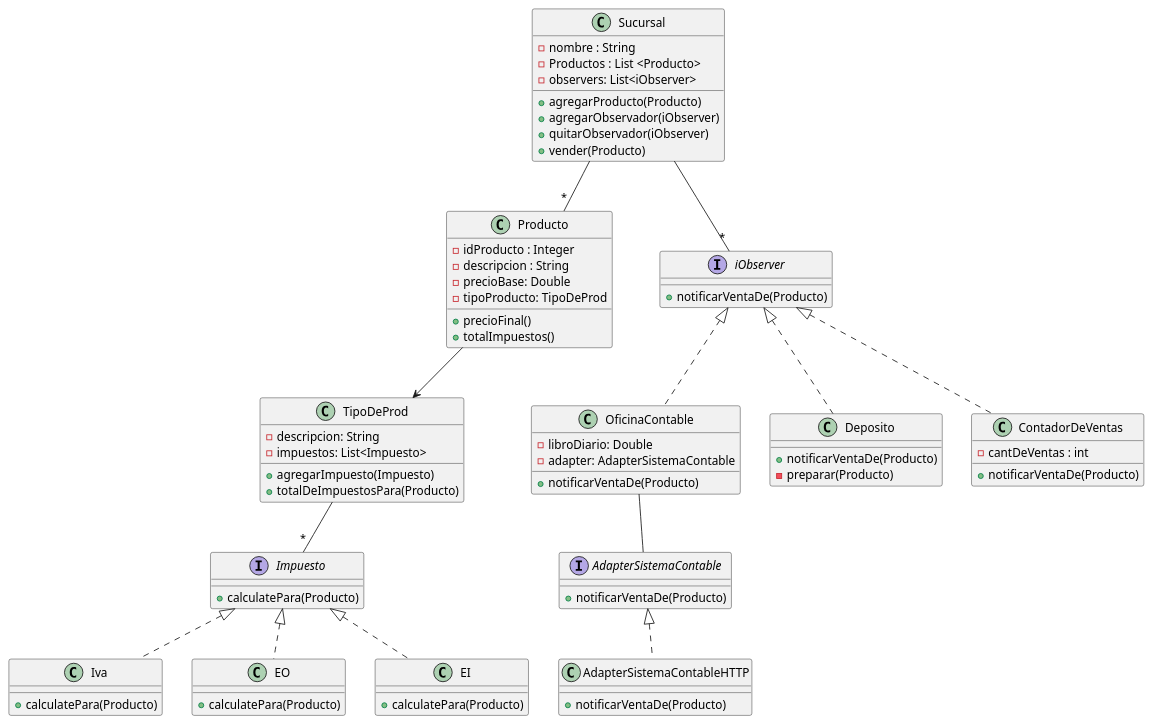
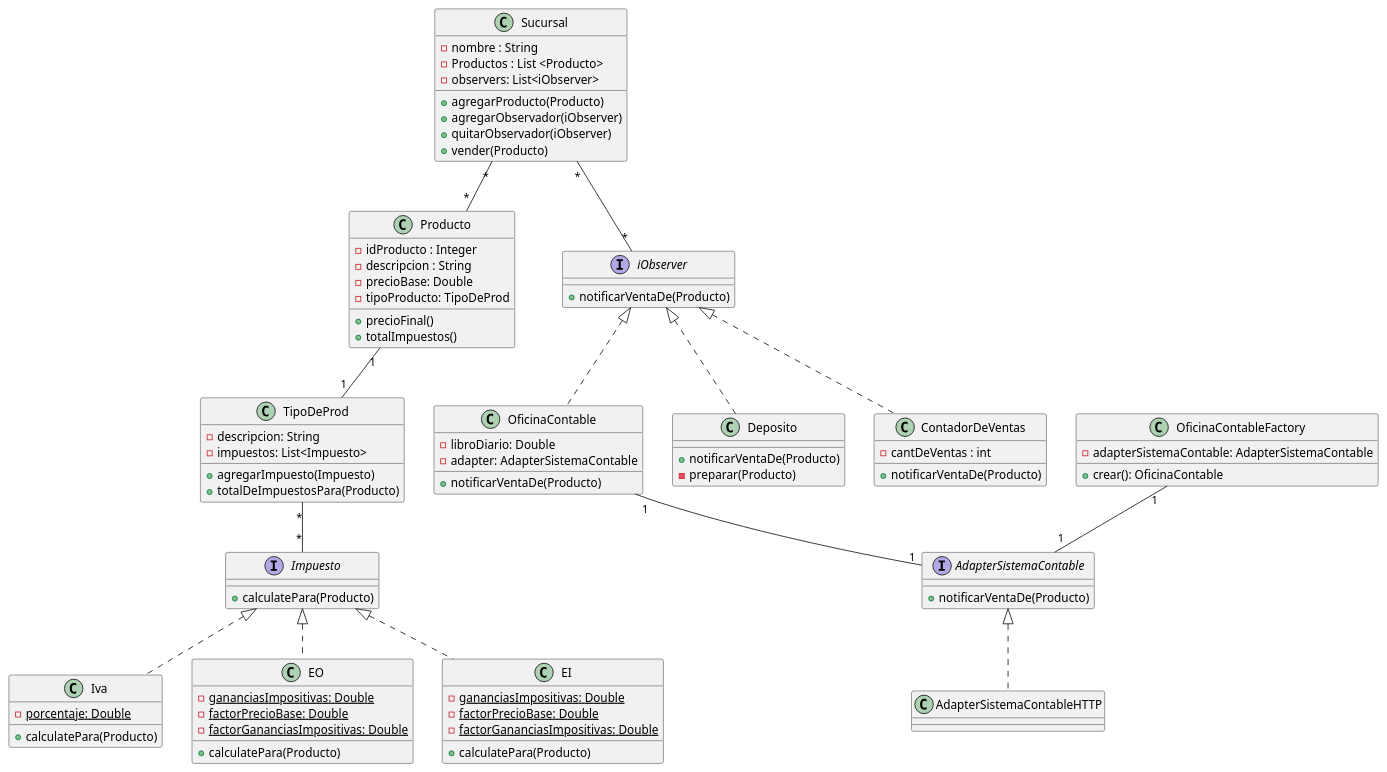
The diagram in Garbarisii/Garbarisi.puml (AgustinaGuitmanD/Pr-cticaDDS), drawn with PlantUML before and after one commit. The commit also changed 14 other files, not shown here.

```diff
--- a/Garbarisii/Garbarisi.puml
+++ b/Garbarisii/Garbarisi.puml
@@ -1,86 +1,101 @@
 @startuml
 'https://plantuml.com/class-diagram
 
 
 
 class Sucursal
 class Producto
 class TipoDeProd
 interface Impuesto
 
-Sucursal --"*" Producto
-Sucursal --"*" iObserver
-Producto --> TipoDeProd
-TipoDeProd --"*" Impuesto
-OficinaContable -- AdapterSistemaContable
+Sucursal "*"--"*" Producto
+Sucursal "*"--"*" iObserver
+Producto "1"--"1" TipoDeProd
+TipoDeProd "*"--"*" Impuesto
+OficinaContable "1"--"1" AdapterSistemaContable
+OficinaContableFactory "1"--"1" AdapterSistemaContable
 
 class Sucursal {
     - nombre : String
     - Productos : List <Producto>
     - observers: List<iObserver>
     + agregarProducto(Producto)
     + agregarObservador(iObserver)
     + quitarObservador(iObserver)
     + vender(Producto)
 }
 
 interface iObserver {
     + notificarVentaDe(Producto)
 }
 
 class Deposito implements iObserver {
      + notificarVentaDe(Producto)
      - preparar(Producto)
 
 }
 
 class ContadorDeVentas implements iObserver {
      - cantDeVentas : int
      + notificarVentaDe(Producto)
 }
 
 class OficinaContable implements iObserver {
      - libroDiario: Double
      - adapter: AdapterSistemaContable
      + notificarVentaDe(Producto)
 }
 
 interface AdapterSistemaContable {
     + notificarVentaDe(Producto)
 }
 
 class AdapterSistemaContableHTTP implements AdapterSistemaContable {
-      + notificarVentaDe(Producto)
+
+}
+
+class OficinaContableFactory {
+  - adapterSistemaContable: AdapterSistemaContable
+  + crear(): OficinaContable
 }
 class Producto {
     -idProducto : Integer
     -descripcion : String
     -precioBase: Double
     -tipoProducto: TipoDeProd
     + precioFinal()
     + totalImpuestos()
 }
 
 class TipoDeProd {
     -descripcion: String
     -impuestos: List<Impuesto>
     + agregarImpuesto(Impuesto)
     + totalDeImpuestosPara(Producto)
 }
 
 interface Impuesto {
     +calculatePara(Producto)
 }
 
 class Iva implements Impuesto {
+    - {static} porcentaje: Double
     +calculatePara(Producto)
 }
 
 class EO implements Impuesto {
+  - {static} gananciasImpositivas: Double
+  - {static} factorPrecioBase: Double
+  - {static} factorGananciasImpositivas: Double
     +calculatePara(Producto)
 }
 
 class EI implements Impuesto {
+ - {static} gananciasImpositivas: Double
+  - {static} factorPrecioBase: Double
+  - {static} factorGananciasImpositivas: Double
     +calculatePara(Producto)
 }
+
+
 @enduml
```
